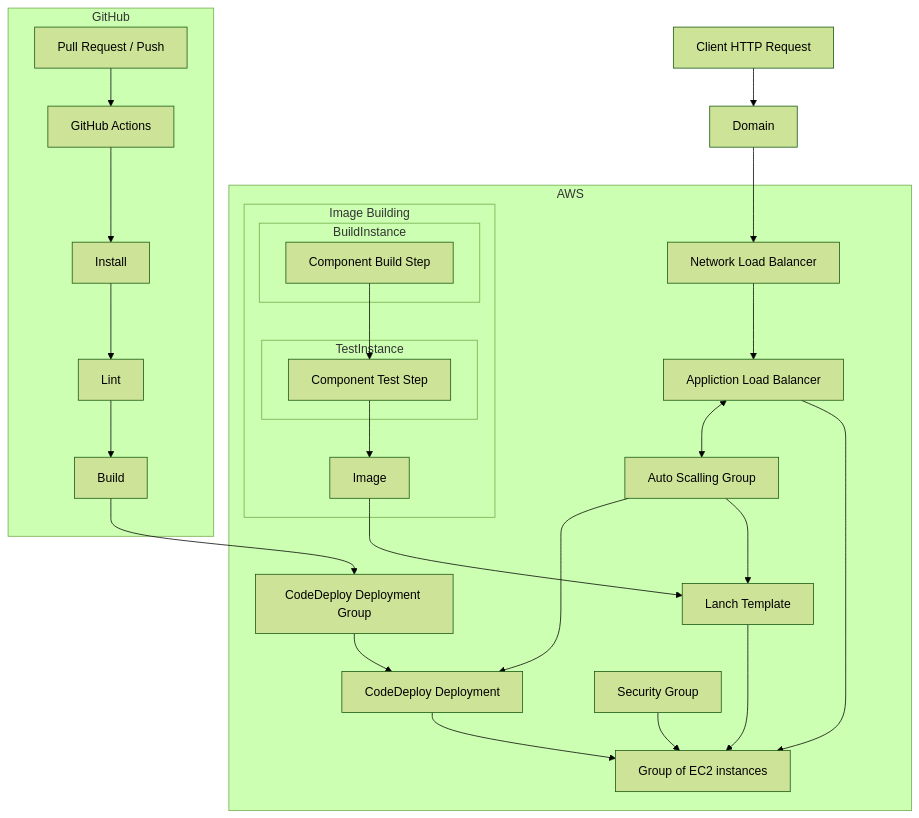
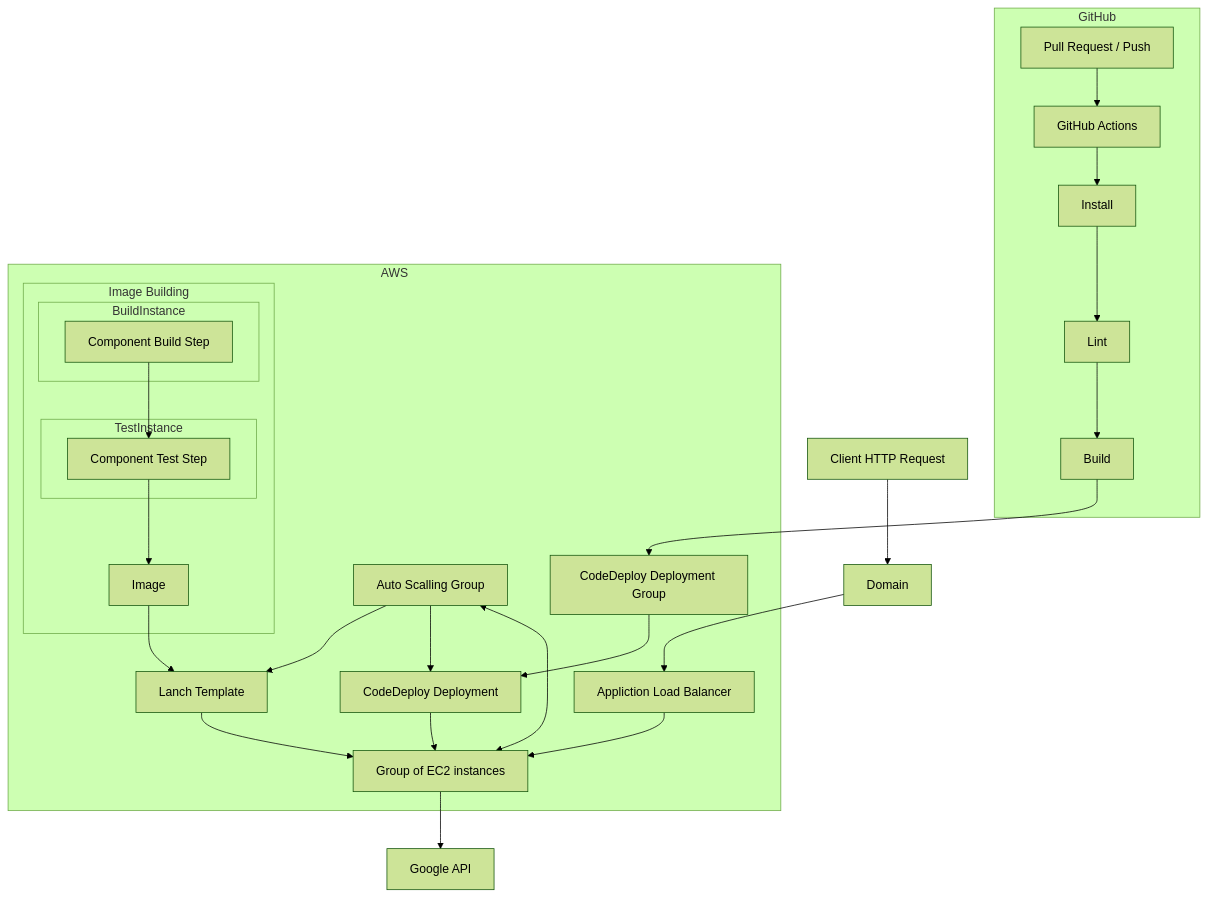
The second of 3 diagrams in README.md (omer-priel/madabclick), drawn with Mermaid (forest theme) before and after one commit. The commit also changed other lines of this file, not shown here.

````diff
--- a/README.md
+++ b/README.md
@@ -29,30 +30,40 @@
 ```mermaid
 flowchart TB
   subgraph GitHub
     PR[Pull Request / Push] --> GA[GitHub Actions] --> GInstall[Install] --> GLint[Lint] --> GBuild[Build] 
   end
 
-  ClientRequest[Client HTTP Request] --> Domain --> NLB
+  GBuild --> CodeDeploy
 
-  subgraph AWS
+  ClientRequest[Client HTTP Request] --> Domain --> ALB
+
+  subgraph AWS 
     subgraph Image Building
       subgraph BuildInstance
         ImageComponentBuild[Component Build Step]
       end
       subgraph TestInstance
         ImageComponentTest[Component Test Step]
       end
       ImageComponentBuild --> ImageComponentTest --> Image
     end
 
-    CodeDeploy[CodeDeploy Deployment Group] --> Deployment[CodeDeploy Deployment] --> EC2[Group of EC2 instances]
+    ALB[Appliction Load Balancer]
+    ASG[Auto Scalling Group]
+    EC2[Group of EC2 instances]
+
     Image --> LT[Lanch Template]
-    ASG[Auto Scalling Group] --> LT ---> EC2
+    
+    ASG --> LT --> EC2
+
+    ALB --> EC2
+
+    CodeDeploy[CodeDeploy Deployment Group] --> Deployment[CodeDeploy Deployment] --> EC2
+
     ASG --> Deployment
-    NLB[Network Load Balancer] --> ALB[Appliction Load Balancer] --> EC2
-    ALB <--> ASG
-    SG[Security Group] --> EC2
+
+    ASG <--> EC2
   end
-    
-  GBuild --> CodeDeploy
+
+  EC2 --> GoogleAPI[Google API]    
 ```
````
